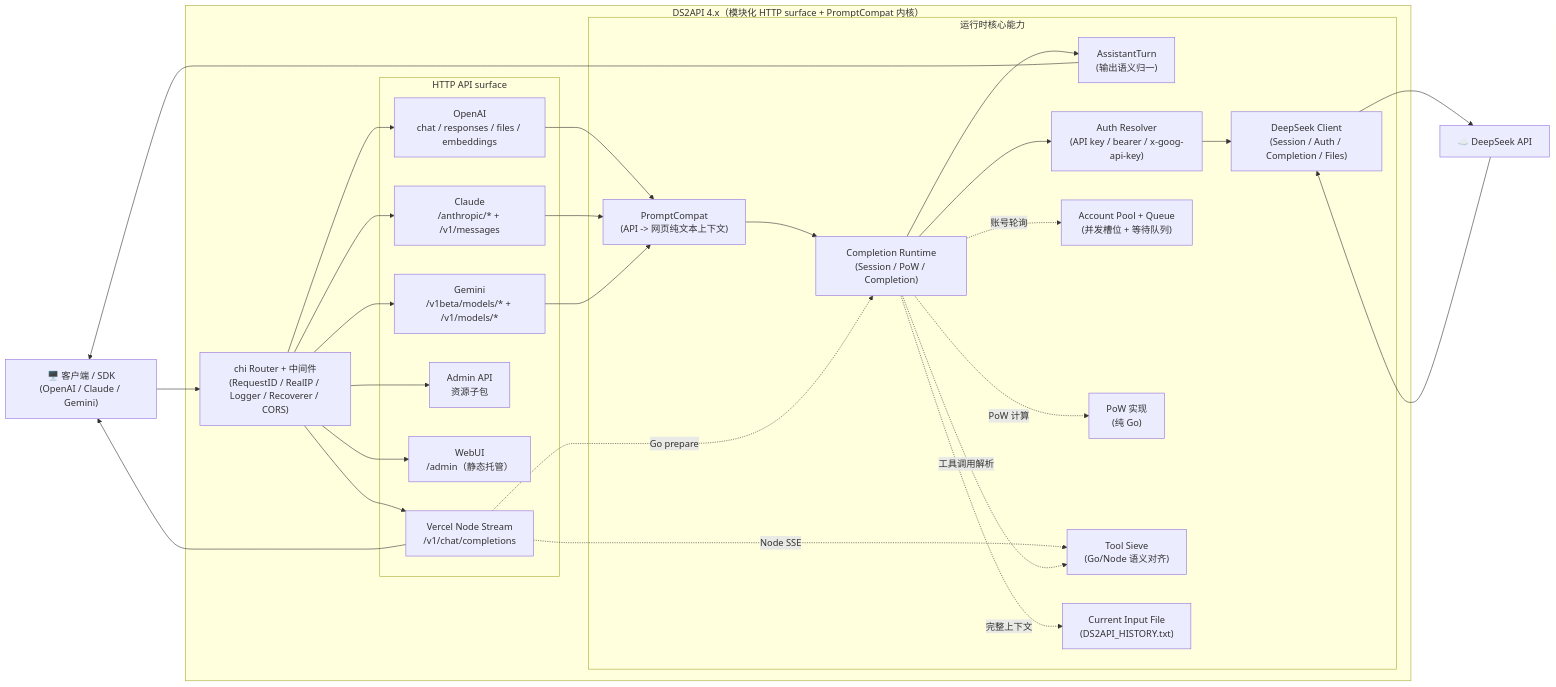
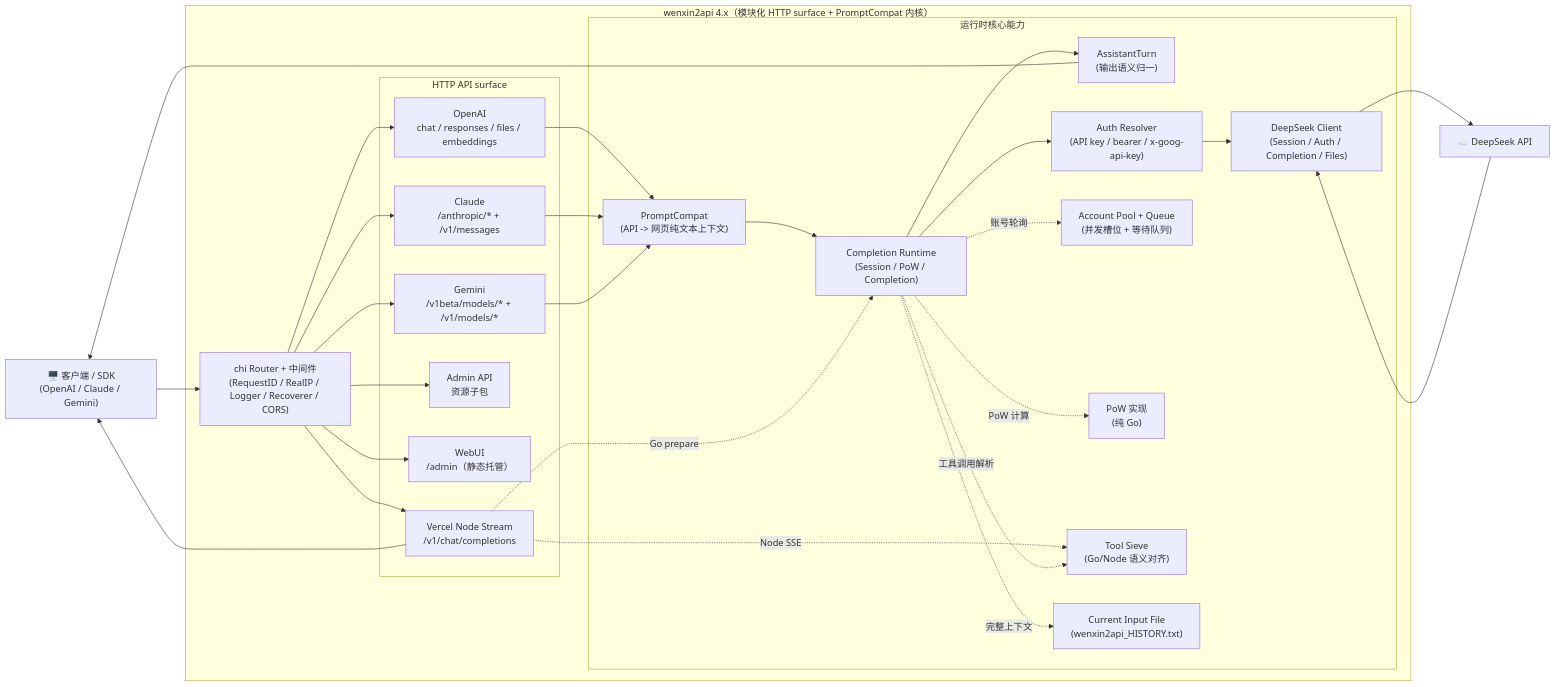
One commit to dijiaozhibei-top/wenxin2api changed the diagram in README.MD. Above: the diagram before and after it, drawn with Mermaid. The commit also changed other lines of this file and 96 other files, not shown here.

Commit message:
docs: replace DS2API with wenxin2api in all documentation and UI

````diff
--- a/README.MD
+++ b/README.MD
@@ -70,53 +70,53 @@
 ```mermaid
 flowchart LR
     Client["🖥️ 客户端 / SDK\n(OpenAI / Claude / Gemini)"]
     Upstream["☁️ DeepSeek API"]
 
-    subgraph DS2API["DS2API 4.x（模块化 HTTP surface + PromptCompat 内核）"]
+    subgraph wenxin2api["wenxin2api 4.x（模块化 HTTP surface + PromptCompat 内核）"]
         Router["chi Router + 中间件\n(RequestID / RealIP / Logger / Recoverer / CORS)"]
 
         subgraph HTTP["HTTP API surface"]
             OA["OpenAI\nchat / responses / files / embeddings"]
             CA["Claude\n/anthropic/* + /v1/messages"]
             GA["Gemini\n/v1beta/models/* + /v1/models/*"]
             Admin["Admin API\n资源子包"]
             WebUI["WebUI\n/admin（静态托管）"]
             Vercel["Vercel Node Stream\n/v1/chat/completions"]
         end
 
         subgraph Runtime["运行时核心能力"]
             Compat["PromptCompat\n(API -> 网页纯文本上下文)"]
             Completion["Completion Runtime\n(Session / PoW / Completion)"]
             Turn["AssistantTurn\n(输出语义归一)"]
             Auth["Auth Resolver\n(API key / bearer / x-goog-api-key)"]
             Pool["Account Pool + Queue\n(并发槽位 + 等待队列)"]
             DSClient["DeepSeek Client\n(Session / Auth / Completion / Files)"]
             Pow["PoW 实现\n(纯 Go)"]
             Tool["Tool Sieve\n(Go/Node 语义对齐)"]
-            History["Current Input File\n(DS2API_HISTORY.txt)"]
+            History["Current Input File\n(wenxin2api_HISTORY.txt)"]
         end
     end
 
     Client --> Router
     Router --> OA & CA & GA
     Router --> Admin
     Router --> WebUI
     Router --> Vercel
 
     OA --> Compat
     CA & GA --> Compat
     Compat --> Completion
     Completion -.完整上下文.-> History
     Completion --> Turn
     Vercel -.Go prepare.-> Completion
     Vercel -.Node SSE.-> Tool
     Completion --> Auth
     Completion -.账号轮询.-> Pool
     Completion -.工具调用解析.-> Tool
     Completion -.PoW 计算.-> Pow
     Auth --> DSClient
     DSClient --> Upstream
     Upstream --> DSClient
     Turn --> Client
     Vercel --> Client
 ```
````
